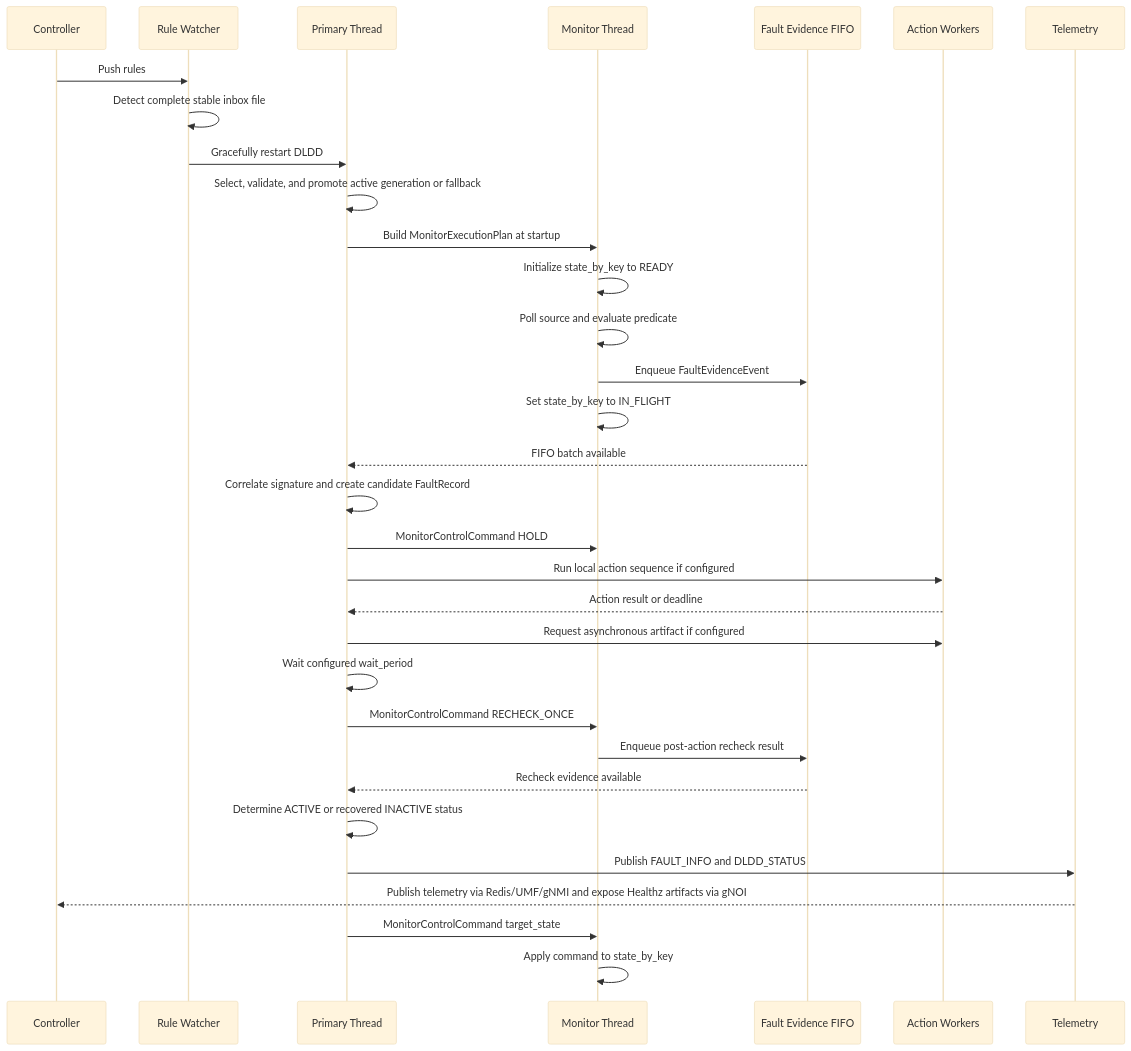
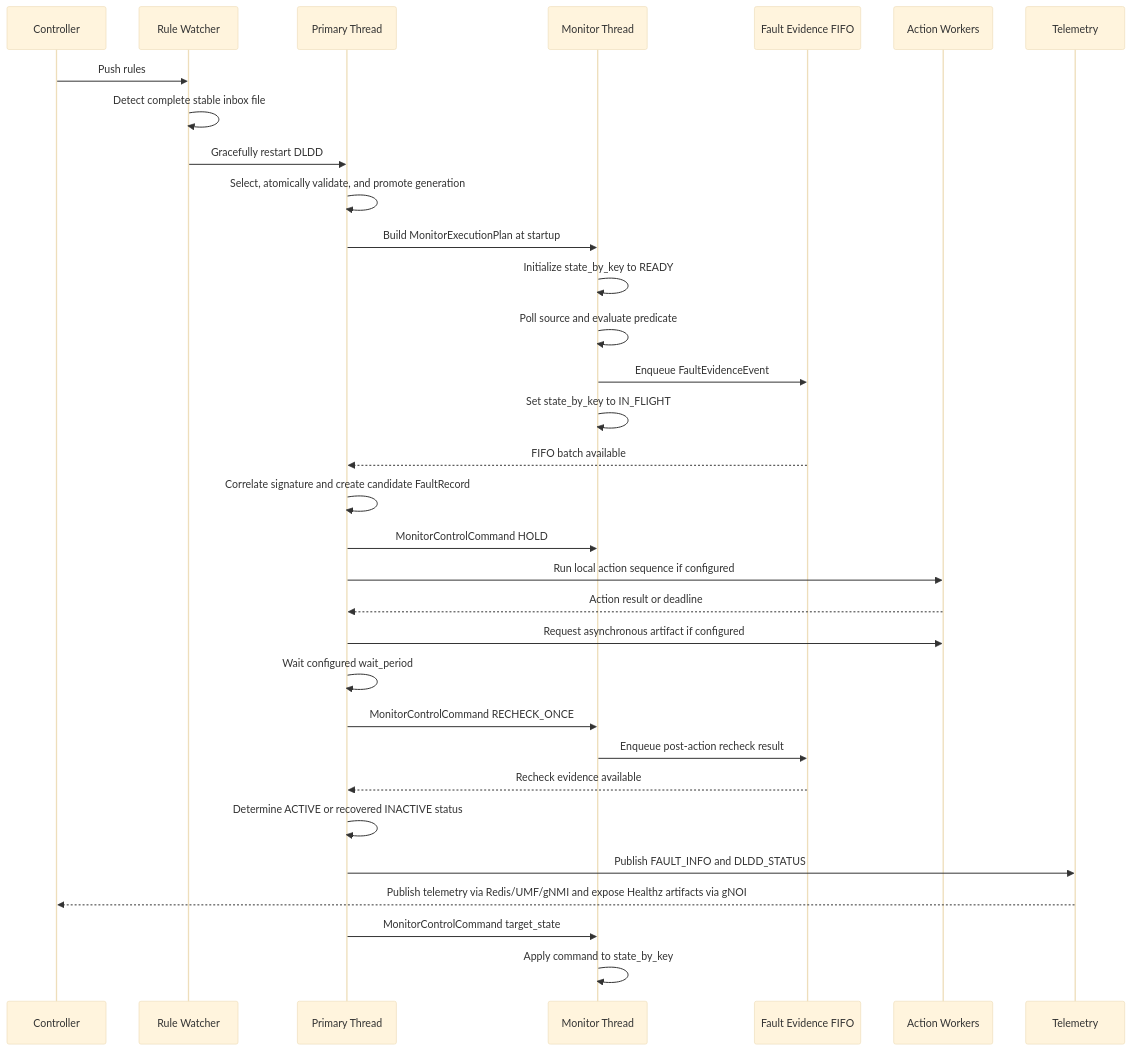
One commit to sonic-net/SONiC changed the second of 2 diagrams in doc/device_local_diagnosis/device-local-diagnosis-daemon.md. Above: the diagram before and after it, drawn with Mermaid (base theme). The commit also changed other lines of this file and 1 other file, not shown here.

````diff
--- a/doc/device_local_diagnosis/device-local-diagnosis-daemon.md
+++ b/doc/device_local_diagnosis/device-local-diagnosis-daemon.md
@@ -184,35 +188,35 @@
 ```mermaid
 sequenceDiagram
   participant C as Controller
   participant W as Rule Watcher
   participant P as Primary Thread
   participant M as Monitor Thread
   participant Q as Fault Evidence FIFO
   participant A as Action Workers
   participant T as Telemetry
 
   C->>W: Push rules
   W->>W: Detect complete stable inbox file
   W->>P: Gracefully restart DLDD
-  P->>P: Select, validate, and promote active generation or fallback
+  P->>P: Select, atomically validate, and promote generation
   P->>M: Build MonitorExecutionPlan at startup
   M->>M: Initialize state_by_key to READY
   M->>M: Poll source and evaluate predicate
   M->>Q: Enqueue FaultEvidenceEvent
   M->>M: Set state_by_key to IN_FLIGHT
   Q-->>P: FIFO batch available
   P->>P: Correlate signature and create candidate FaultRecord
   P->>M: MonitorControlCommand HOLD
   P->>A: Run local action sequence if configured
   A-->>P: Action result or deadline
   P->>A: Request asynchronous artifact if configured
   P->>P: Wait configured wait_period
   P->>M: MonitorControlCommand RECHECK_ONCE
   M->>Q: Enqueue post-action recheck result
   Q-->>P: Recheck evidence available
   P->>P: Determine ACTIVE or recovered INACTIVE status
   P->>T: Publish FAULT_INFO and DLDD_STATUS
   T-->>C: Publish telemetry via Redis/UMF/gNMI and expose Healthz artifacts via gNOI
   P->>M: MonitorControlCommand target_state
   M->>M: Apply command to state_by_key
 ```
````
